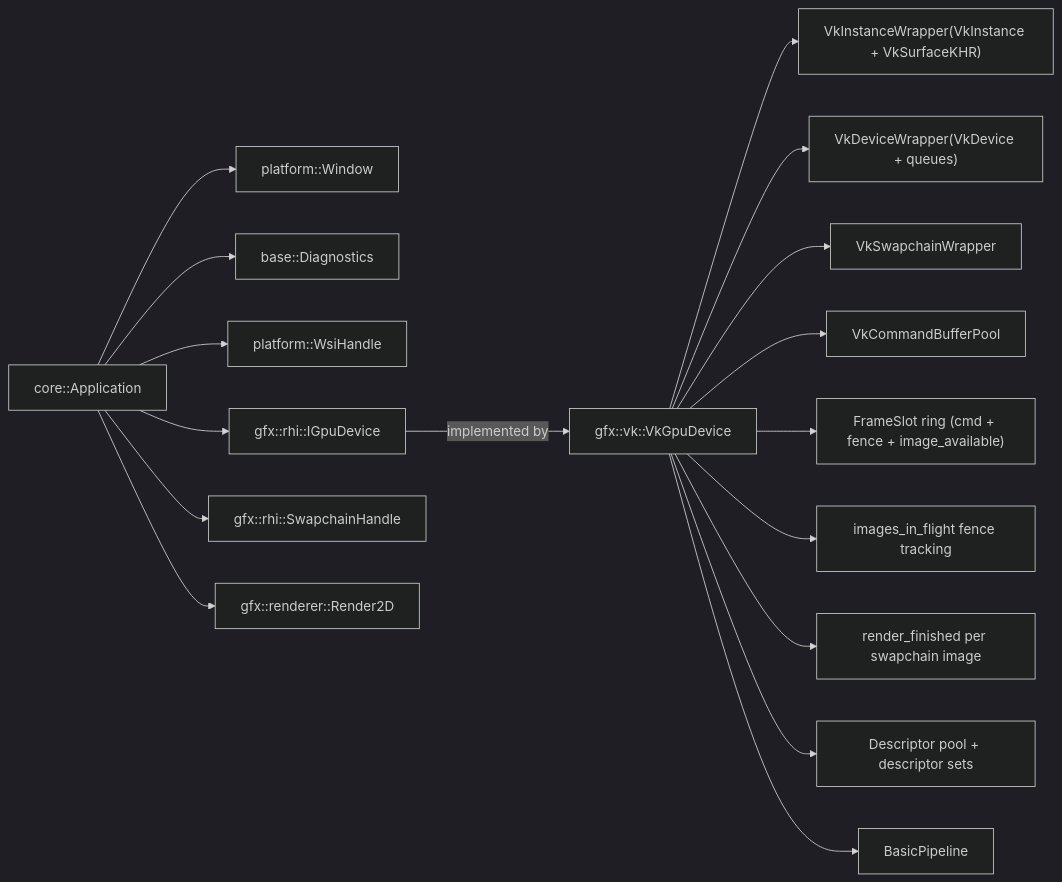
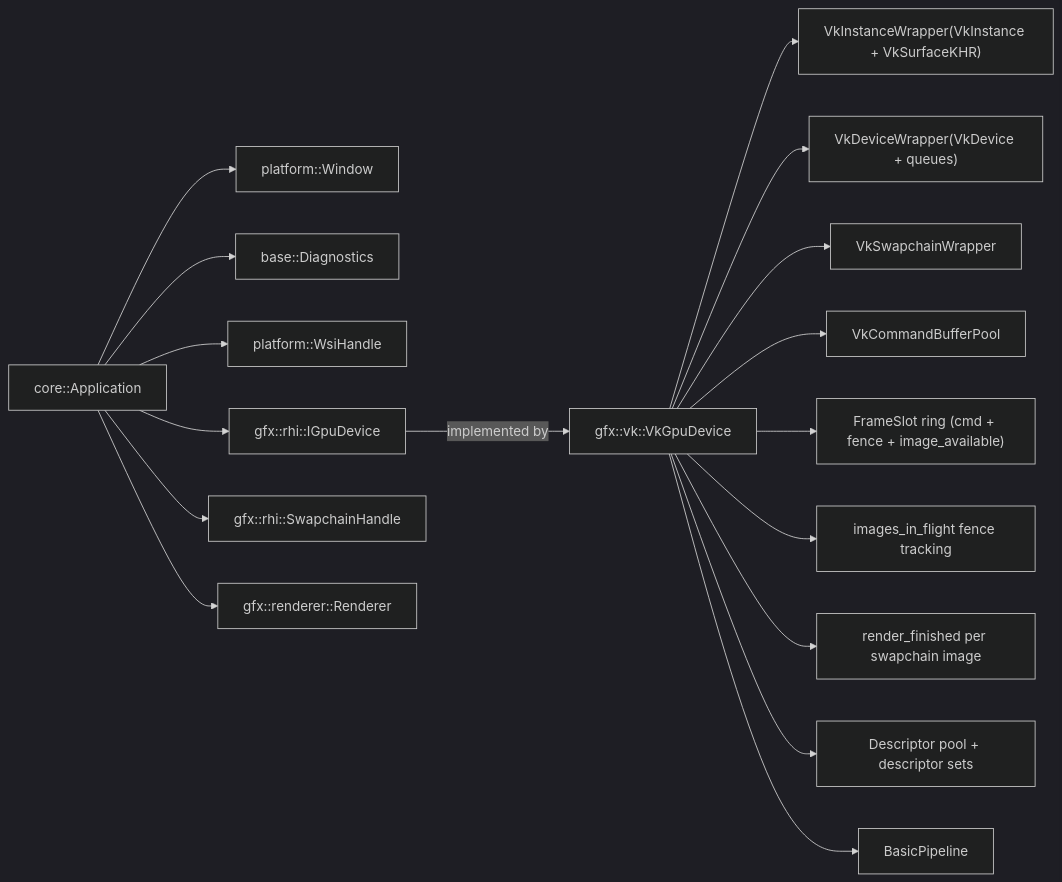
Before and after one commit to nduplessis11/strata: the diagram in docs/ARCHITECTURE.md, drawn with Mermaid (dark theme). The commit also changed other lines of this file and 20 other files, not shown here.

First line of the commit message:
feat(gfx): introduce Renderer facade + vertex/indexed drawing support (#102)

````diff
--- a/docs/ARCHITECTURE.md
+++ b/docs/ARCHITECTURE.md
@@ -184,20 +184,20 @@
 ```mermaid
 flowchart LR
   A[core::Application] --> W[platform::Window]
   A --> Diag[base::Diagnostics]
   A --> WH[platform::WsiHandle]
   A --> D[gfx::rhi::IGpuDevice]
   A --> SC[gfx::rhi::SwapchainHandle]
-  A --> R[gfx::renderer::Render2D]
+  A --> R[gfx::renderer::Renderer]
 
   D -->|implemented by| VK[gfx::vk::VkGpuDevice]
   VK --> VKI["VkInstanceWrapper(VkInstance + VkSurfaceKHR)"]
   VK --> VKD["VkDeviceWrapper(VkDevice + queues)"]
   VK --> VKS[VkSwapchainWrapper]
   VK --> VKC[VkCommandBufferPool]
   VK --> VKF["FrameSlot ring (cmd + fence + image_available)"]
   VK --> VKIIF[images_in_flight fence tracking]
   VK --> VKRF[render_finished per swapchain image]
   VK --> VKDS[Descriptor pool + descriptor sets]
   VK --> VKP[BasicPipeline]
 ```
````
